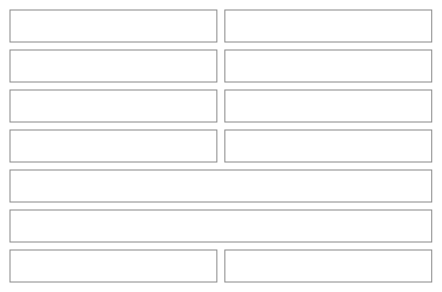
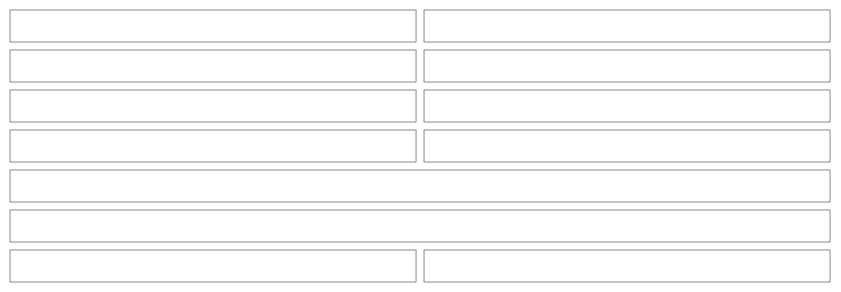
One commit to NovaMoonX/moondreams-dev-apps changed the eighth of 54 diagrams in src/apps/pinch/UX.md. Above: the diagram before and after it, drawn with Mermaid. The commit also changed other lines of this file and 163 other files, not shown here.

````diff
--- a/src/apps/pinch/UX.md
+++ b/src/apps/pinch/UX.md
@@ -323,29 +318,29 @@
 ```mermaid
 %%{init: {'theme': 'base', 'themeVariables': {'primaryColor': 'transparent', 'primaryBorderColor': '#888888', 'primaryTextColor': '#333333', 'lineColor': '#888888'}}}%%
 block-beta
   columns 2
   P1["‹ Back"]:1
-  P2["🍝 Dinner · Tue, Oct 13"]:1
+  P2["🍝 Dinner · Taco night"]:1
   P3["Adobo chicken"]:1
   P4["2 servings · $6.40"]:1
   P5["Cilantro lime rice"]:1
   P6["2 servings · $2.70"]:1
   P7["Salsa"]:1
   P8["1 serving · $0.80"]:1
   P9["Cost $9.90 ⚠ · 🔥 640 · 💪 48g (for the plate, when on)"]:2
   P10["Remove from this day"]:2
   P11["Modify"]:1
-  P12["Save as a meal"]:1
+  P12["Start cooking (today) · nothing ahead, cooked or past"]:1
   style P1 fill:transparent,stroke:#888888,stroke-width:1px;
   style P2 fill:transparent,stroke:#888888,stroke-width:1px;
   style P3 fill:transparent,stroke:#888888,stroke-width:1px;
   style P4 fill:transparent,stroke:#888888,stroke-width:1px;
   style P5 fill:transparent,stroke:#888888,stroke-width:1px;
   style P6 fill:transparent,stroke:#888888,stroke-width:1px;
   style P7 fill:transparent,stroke:#888888,stroke-width:1px;
   style P8 fill:transparent,stroke:#888888,stroke-width:1px;
   style P9 fill:transparent,stroke:#888888,stroke-width:1px;
   style P10 fill:transparent,stroke:#888888,stroke-width:1px;
   style P11 fill:transparent,stroke:#888888,stroke-width:1px;
   style P12 fill:transparent,stroke:#888888,stroke-width:1px;
 ```
````
